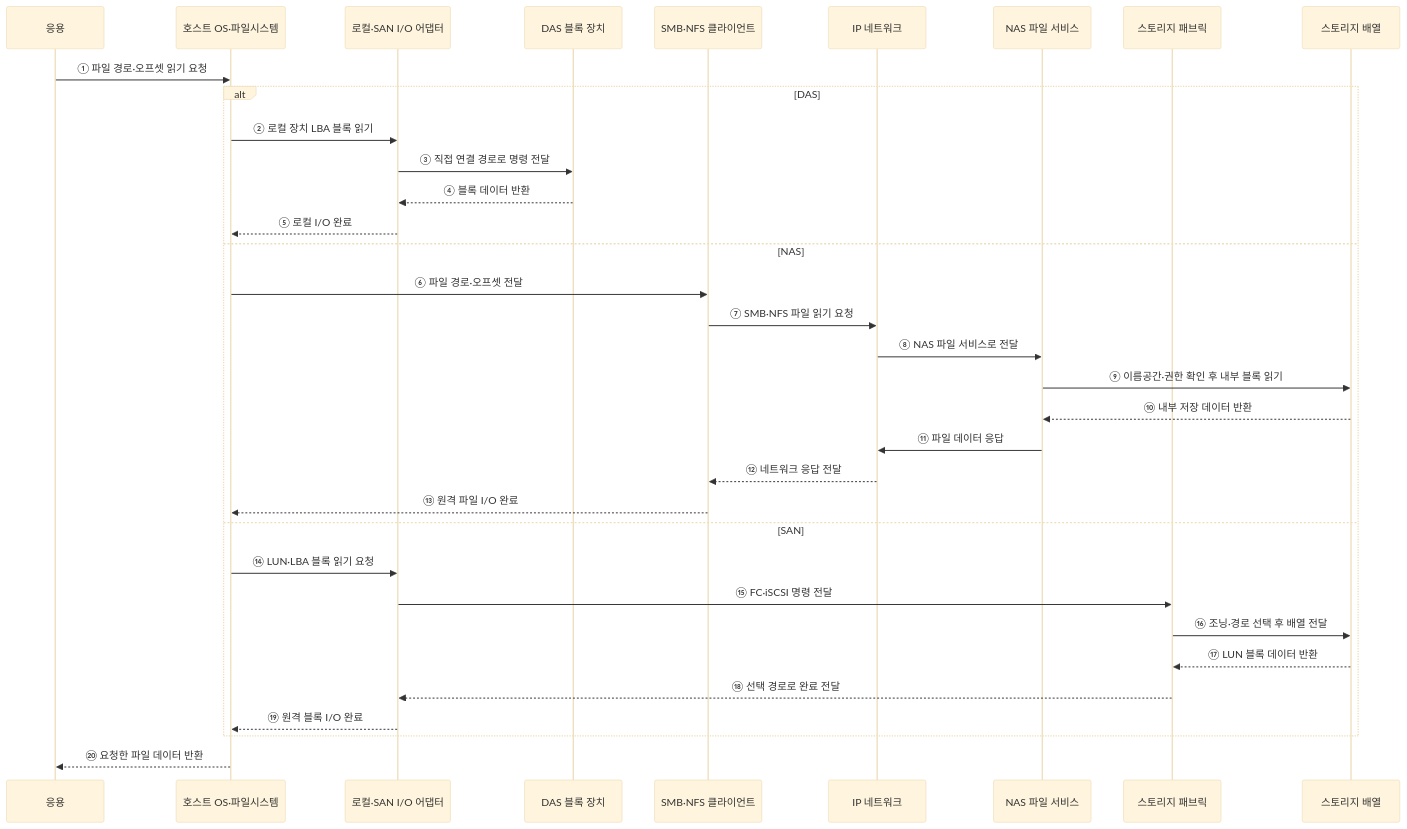
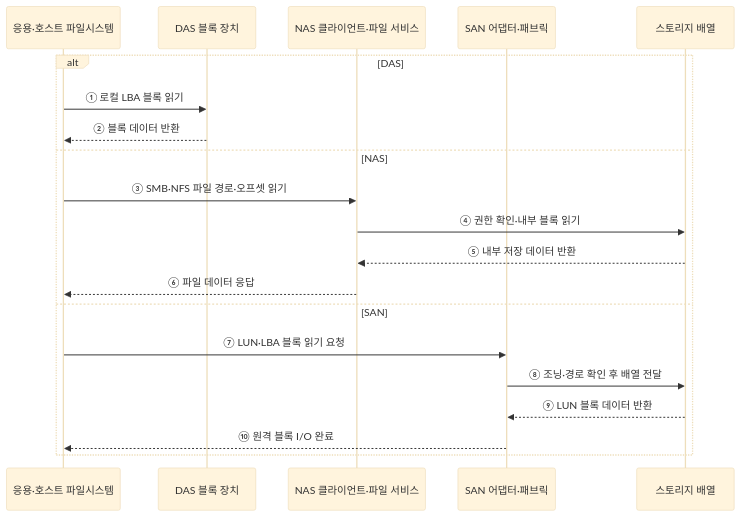
The second of 2 diagrams in src/content/docs/notes/02-hardware/080_storage_das_nas_san.md (agnusdei1207/knowledge-base), drawn with Mermaid (base theme) before and after one commit. The commit also changed other lines of this file and 20 other files, not shown here.

````diff
--- a/src/content/docs/notes/02-hardware/080_storage_das_nas_san.md
+++ b/src/content/docs/notes/02-hardware/080_storage_das_nas_san.md
@@ -97,37 +87,23 @@
 ```mermaid
 sequenceDiagram
-    participant A as 응용
-    participant O as 호스트 OS·파일시스템
-    participant H as 로컬·SAN I/O 어댑터
+    participant A as 응용·호스트 파일시스템
     participant D as DAS 블록 장치
-    participant C as SMB·NFS 클라이언트
-    participant N as IP 네트워크
-    participant F as NAS 파일 서비스
-    participant P as 스토리지 패브릭
+    participant N as NAS 클라이언트·파일 서비스
+    participant P as SAN 어댑터·패브릭
     participant S as 스토리지 배열
 
-    A->>O: ① 파일 경로·오프셋 읽기 요청
     alt DAS
-        O->>H: ② 로컬 장치 LBA 블록 읽기
-        H->>D: ③ 직접 연결 경로로 명령 전달
-        D-->>H: ④ 블록 데이터 반환
-        H-->>O: ⑤ 로컬 I/O 완료
+        A->>D: ① 로컬 LBA 블록 읽기
+        D-->>A: ② 블록 데이터 반환
     else NAS
-        O->>C: ⑥ 파일 경로·오프셋 전달
-        C->>N: ⑦ SMB·NFS 파일 읽기 요청
-        N->>F: ⑧ NAS 파일 서비스로 전달
-        F->>S: ⑨ 이름공간·권한 확인 후 내부 블록 읽기
-        S-->>F: ⑩ 내부 저장 데이터 반환
-        F->>N: ⑪ 파일 데이터 응답
-        N-->>C: ⑫ 네트워크 응답 전달
-        C-->>O: ⑬ 원격 파일 I/O 완료
+        A->>N: ③ SMB·NFS 파일 경로·오프셋 읽기
+        N->>S: ④ 권한 확인·내부 블록 읽기
+        S-->>N: ⑤ 내부 저장 데이터 반환
+        N-->>A: ⑥ 파일 데이터 응답
     else SAN
-        O->>H: ⑭ LUN·LBA 블록 읽기 요청
-        H->>P: ⑮ FC·iSCSI 명령 전달
-        P->>S: ⑯ 조닝·경로 선택 후 배열 전달
-        S-->>P: ⑰ LUN 블록 데이터 반환
-        P-->>H: ⑱ 선택 경로로 완료 전달
-        H-->>O: ⑲ 원격 블록 I/O 완료
+        A->>P: ⑦ LUN·LBA 블록 읽기 요청
+        P->>S: ⑧ 조닝·경로 확인 후 배열 전달
+        S-->>P: ⑨ LUN 블록 데이터 반환
+        P-->>A: ⑩ 원격 블록 I/O 완료
     end
-    O-->>A: ⑳ 요청한 파일 데이터 반환
 ```
````
